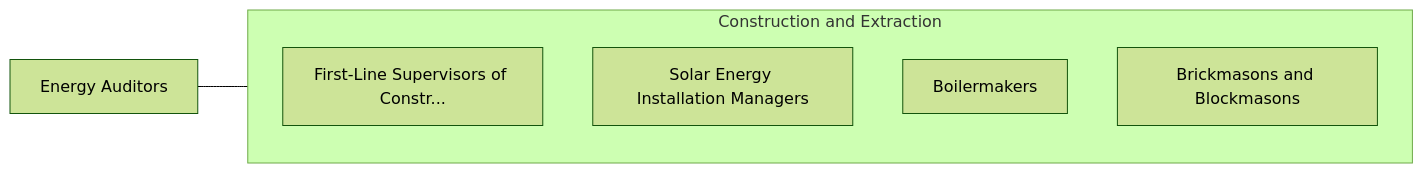
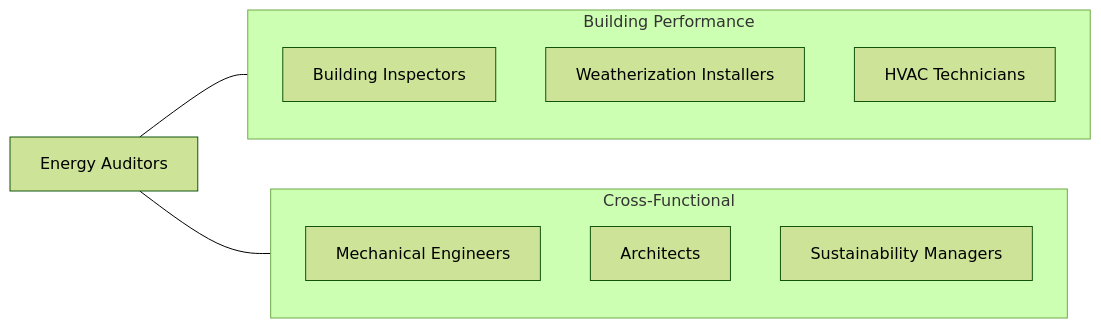
One commit to kziemski/business.org.ai changed the fourth of 4 diagrams in occupations/Construction/EnergyAuditors.mdx. Above: the diagram before and after it, drawn with Mermaid (forest theme). The commit also changed other lines of this file and 938 other files, not shown here.

````diff
--- a/occupations/Construction/EnergyAuditors.mdx
+++ b/occupations/Construction/EnergyAuditors.mdx
@@ -118,13 +222,19 @@
 ```mermaid
 graph LR
     Current["Energy Auditors"]
 
-    subgraph SameCategory["Construction and Extraction"]
-        FirstLineSupervisors["First-Line Supervisors of Constr..."]
-        SolarEnergyInstallat["Solar Energy Installation Managers"]
-        Boilermakers["Boilermakers"]
-        BrickmasonsAndBlockm["Brickmasons and Blockmasons"]
+    subgraph SameCategory["Building Performance"]
+        Inspector["Building Inspectors"]
+        Weather["Weatherization Installers"]
+        HVAC["HVAC Technicians"]
+    end
+
+    subgraph CrossFunctional["Cross-Functional"]
+        Engineer["Mechanical Engineers"]
+        Architect["Architects"]
+        Sustainability["Sustainability Managers"]
     end
 
     Current --- SameCategory
+    Current --- CrossFunctional
 ```
````
